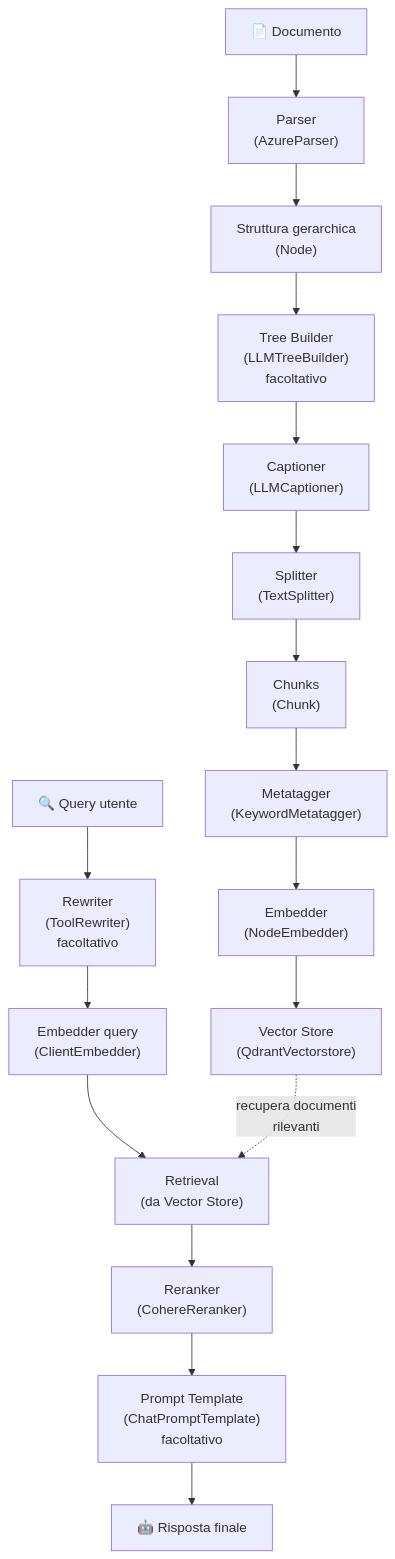
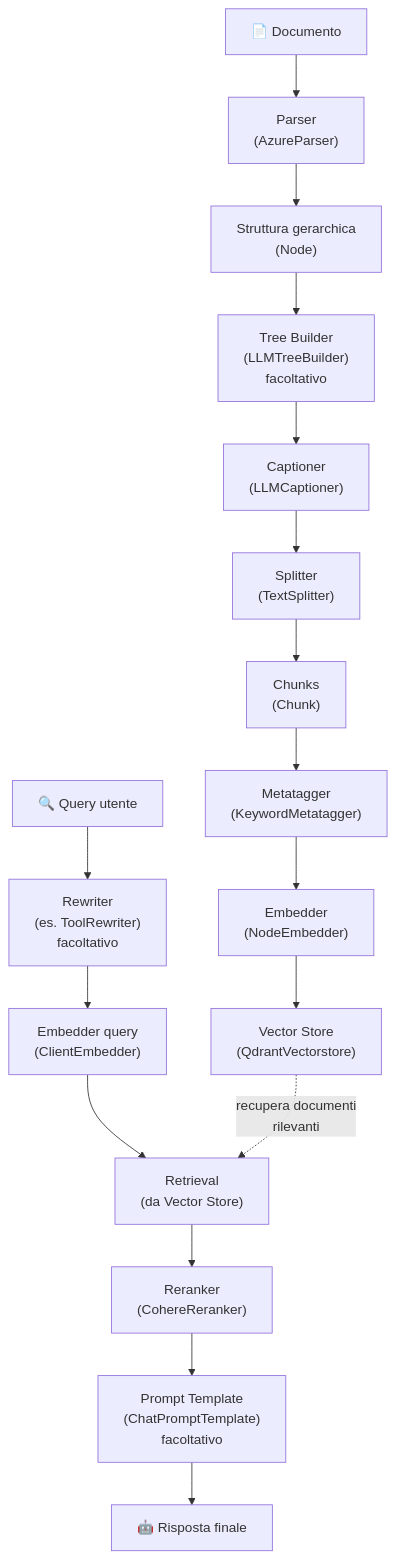
Before and after one commit to Rkomi98/Datapizza: the diagram in DatapizzAI/PizzAI/RAG/README_RAG_COMPLETE_GUIDE.md, drawn with Mermaid. The commit also changed other lines of this file and 1 other file, not shown here.

Commit message:
Aggiornamento

````diff
--- a/DatapizzAI/PizzAI/RAG/README_RAG_COMPLETE_GUIDE.md
+++ b/DatapizzAI/PizzAI/RAG/README_RAG_COMPLETE_GUIDE.md
@@ -34,21 +34,21 @@
 ```mermaid
 graph TD
     A["📄 Documento"] --> B["Parser<br/>(AzureParser)"]
     B --> C["Struttura gerarchica<br/>(Node)"]
     C --> D["Tree Builder<br/>(LLMTreeBuilder)<br/>facoltativo"]
     D --> E["Captioner<br/>(LLMCaptioner)"]
     E --> F["Splitter<br/>(TextSplitter)"]
     F --> G["Chunks<br/>(Chunk)"]
     G --> H["Metatagger<br/>(KeywordMetatagger)"]
     H --> I["Embedder<br/>(NodeEmbedder)"]
     I --> J["Vector Store<br/>(QdrantVectorstore)"]
     
-    K["🔍 Query utente"] --> L["Rewriter<br/>(ToolRewriter)<br/>facoltativo"]
+    K["🔍 Query utente"] --> L["Rewriter<br/>(es. ToolRewriter)<br/>facoltativo"]
     L --> M["Embedder query<br/>(ClientEmbedder)"]
     M --> N["Retrieval<br/>(da Vector Store)"]
     N --> O["Reranker<br/>(CohereReranker)"]
     O --> P["Prompt Template<br/>(ChatPromptTemplate)<br/>facoltativo"]
     P --> Q["🤖 Risposta finale"]
     
     J -.->|"recupera documenti<br/>rilevanti"| N
 ```
````
